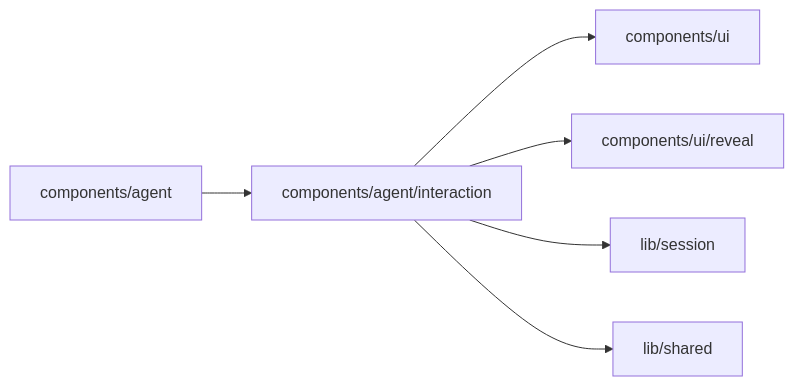
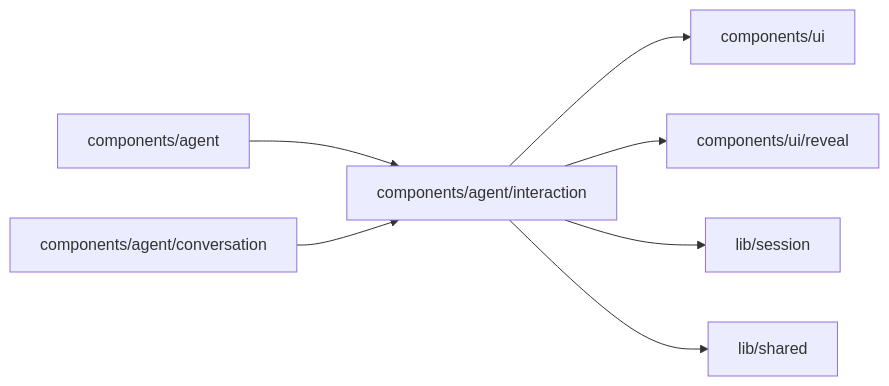
Before and after one commit to superdurable/superverse: the diagram in web/studio/components/agent/interaction/README.md, drawn with Mermaid. The commit also changed other lines of this file and 42 other files, not shown here.

First line of the commit message:
FLOWTAB: The canvas leads the Flow tab, and the Brief becomes a transient summary line

````diff
--- a/web/studio/components/agent/interaction/README.md
+++ b/web/studio/components/agent/interaction/README.md
@@ -10,9 +10,10 @@
 ```mermaid
 flowchart LR
   self["components/agent/interaction"]
   c0["components/agent"] --> self
+  c1["components/agent/conversation"] --> self
   self --> d0["components/ui"]
   self --> d1["components/ui/reveal"]
   self --> d2["lib/session"]
   self --> d3["lib/shared"]
 ```
````
